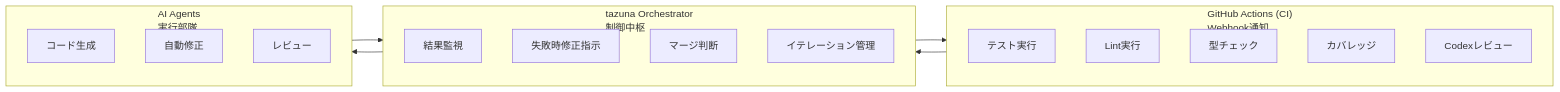
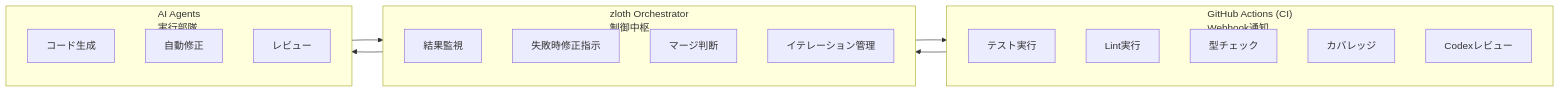
Before and after one commit to hampen2929/zloth: the second of 7 diagrams in docs/agentic-dursor.md, drawn with Mermaid. The commit also changed other lines of this file and 175 other files, not shown here.

````diff
--- a/docs/agentic-dursor.md
+++ b/docs/agentic-dursor.md
@@ -56,28 +56,28 @@
 ```mermaid
 flowchart LR
     subgraph CI["GitHub Actions (CI)<br/>Webhook通知"]
         CI1[テスト実行]
         CI2[Lint実行]
         CI3[型チェック]
         CI4[カバレッジ]
         CI5[Codexレビュー]
     end
 
-    subgraph Orchestrator["tazuna Orchestrator<br/>制御中枢"]
+    subgraph Orchestrator["zloth Orchestrator<br/>制御中枢"]
         OR1[結果監視]
         OR2[失敗時修正指示]
         OR3[マージ判断]
         OR4[イテレーション管理]
     end
 
     subgraph Agents["AI Agents<br/>実行部隊"]
         AG1[コード生成]
         AG2[自動修正]
         AG3[レビュー]
     end
 
     CI --> Orchestrator
     Orchestrator --> Agents
     Agents --> Orchestrator
     Orchestrator --> CI
 ```
````
